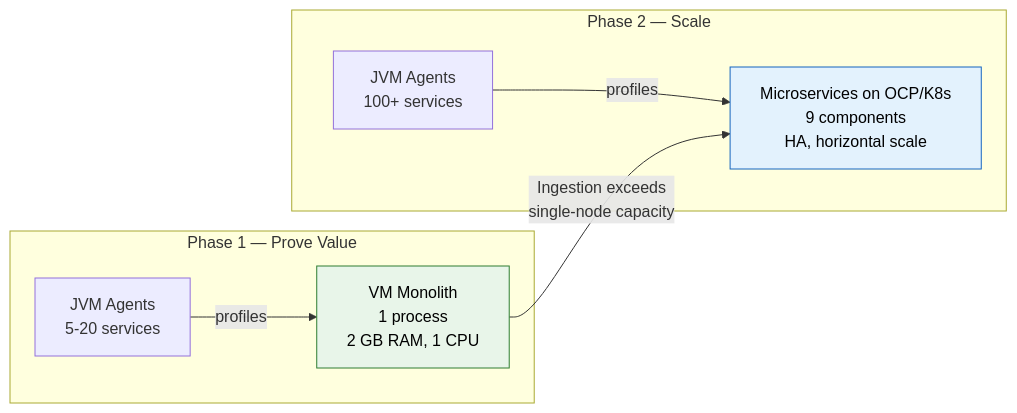
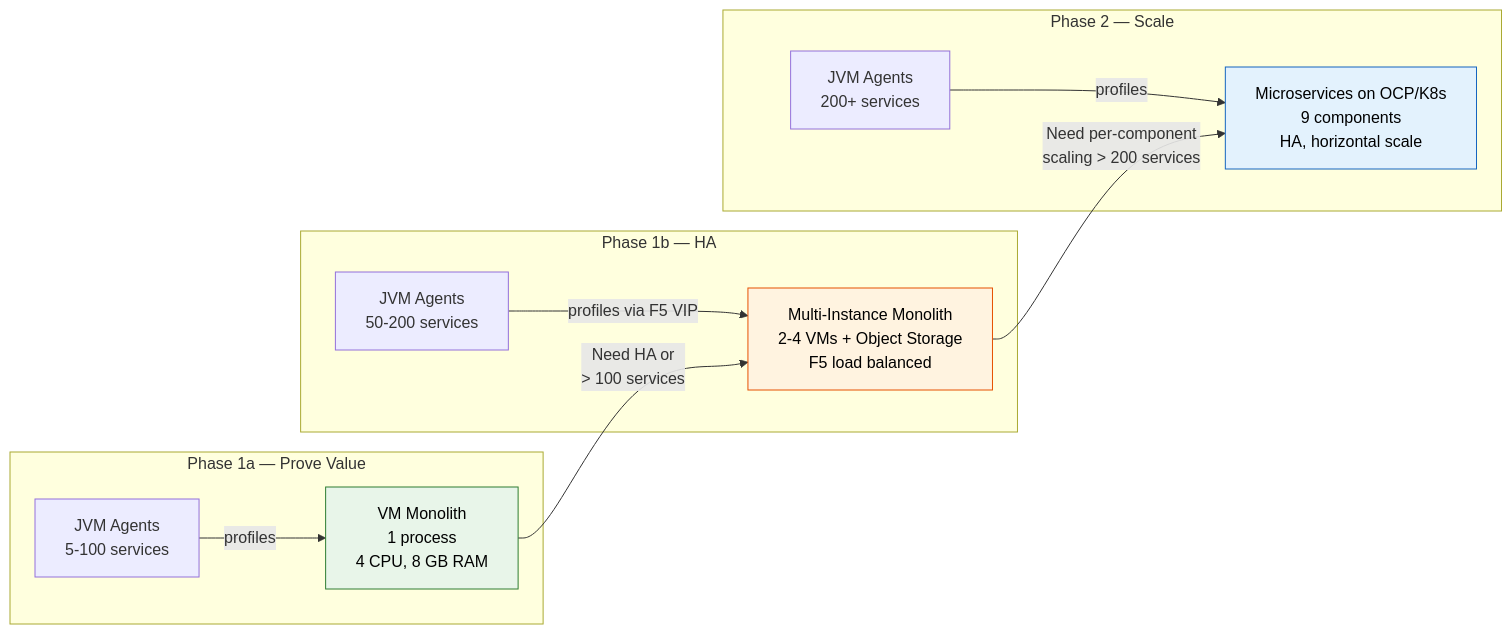
The second of 2 diagrams in docs/what-is-pyroscope.md (aff0gat000/pyroscope), drawn with Mermaid before and after one commit. The commit also changed other lines of this file and 7 other files, not shown here.

````diff
--- a/docs/what-is-pyroscope.md
+++ b/docs/what-is-pyroscope.md
@@ -255,19 +340,27 @@
 ```mermaid
 graph LR
-    subgraph "Phase 1 — Prove Value"
-        VM["VM Monolith<br/>1 process<br/>2 GB RAM, 1 CPU"]
-        Agent1["JVM Agents<br/>5-20 services"]
+    subgraph "Phase 1a — Prove Value"
+        VM["VM Monolith<br/>1 process<br/>4 CPU, 8 GB RAM"]
+        Agent1["JVM Agents<br/>5-100 services"]
         Agent1 -->|profiles| VM
+    end
+
+    subgraph "Phase 1b — HA"
+        VMHA["Multi-Instance Monolith<br/>2-4 VMs + Object Storage<br/>F5 load balanced"]
+        Agent1b["JVM Agents<br/>50-200 services"]
+        Agent1b -->|"profiles via F5 VIP"| VMHA
     end
 
     subgraph "Phase 2 — Scale"
         OCP["Microservices on OCP/K8s<br/>9 components<br/>HA, horizontal scale"]
-        Agent2["JVM Agents<br/>100+ services"]
+        Agent2["JVM Agents<br/>200+ services"]
         Agent2 -->|profiles| OCP
     end
 
-    VM -->|"Ingestion exceeds<br/>single-node capacity"| OCP
+    VM -->|"Need HA or<br/>> 100 services"| VMHA
+    VMHA -->|"Need per-component<br/>scaling > 200 services"| OCP
 
     style VM fill:#e8f5e9,stroke:#2e7d32,color:#000
+    style VMHA fill:#fff3e0,stroke:#e65100,color:#000
     style OCP fill:#e3f2fd,stroke:#1565c0,color:#000
 ```
````
